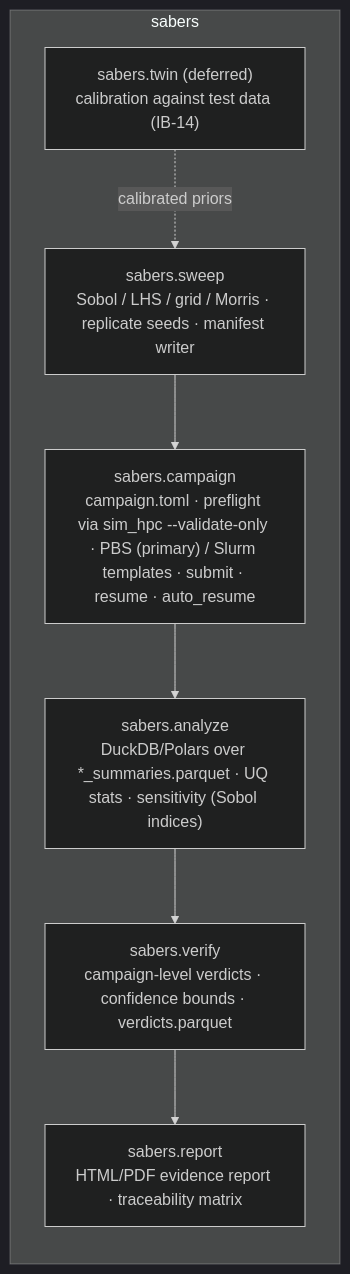
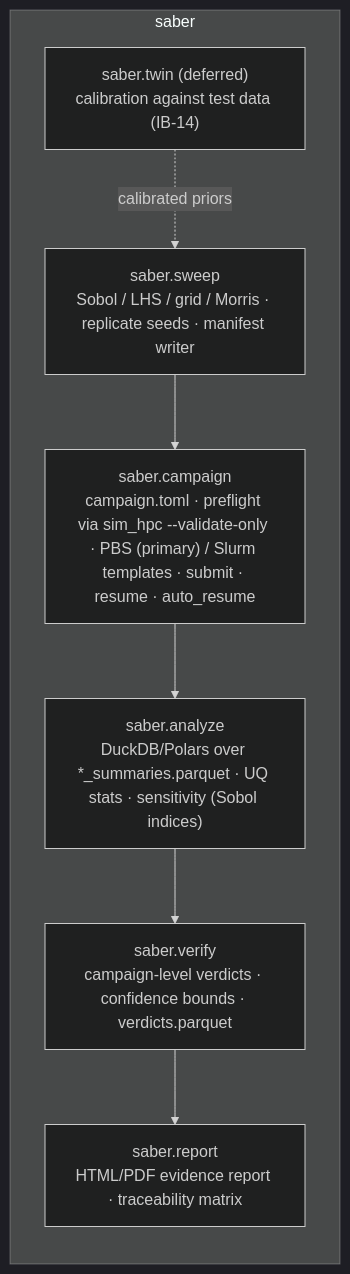
Before and after one commit to Schmiedium/SABER: the ninth of 18 diagrams in docs/design/subsystems-and-interfaces.md, drawn with Mermaid (dark theme). The commit also changed other lines of this file and 6 other files, not shown here.

First line of the commit message:
Rename sabers identifiers to saber across the design docs (D18)

````diff
--- a/docs/design/subsystems-and-interfaces.md
+++ b/docs/design/subsystems-and-interfaces.md
@@ -476,13 +478,13 @@
 ```mermaid
 flowchart LR
-    subgraph sabers
-        sweep["sabers.sweep<br/>Sobol / LHS / grid / Morris · replicate seeds · manifest writer"]
-        campaign["sabers.campaign<br/>campaign.toml · preflight via sim_hpc --validate-only · PBS (primary) / Slurm templates · submit · resume · auto_resume"]
-        analyze["sabers.analyze<br/>DuckDB/Polars over *_summaries.parquet · UQ stats · sensitivity (Sobol indices)"]
-        verifyp["sabers.verify<br/>campaign-level verdicts · confidence bounds · verdicts.parquet"]
-        report["sabers.report<br/>HTML/PDF evidence report · traceability matrix"]
-        twin["sabers.twin (deferred)<br/>calibration against test data (IB-14)"]
+    subgraph saber
+        sweep["saber.sweep<br/>Sobol / LHS / grid / Morris · replicate seeds · manifest writer"]
+        campaign["saber.campaign<br/>campaign.toml · preflight via sim_hpc --validate-only · PBS (primary) / Slurm templates · submit · resume · auto_resume"]
+        analyze["saber.analyze<br/>DuckDB/Polars over *_summaries.parquet · UQ stats · sensitivity (Sobol indices)"]
+        verifyp["saber.verify<br/>campaign-level verdicts · confidence bounds · verdicts.parquet"]
+        report["saber.report<br/>HTML/PDF evidence report · traceability matrix"]
+        twin["saber.twin (deferred)<br/>calibration against test data (IB-14)"]
     end
     sweep --> campaign --> analyze --> verifyp --> report
     twin -. "calibrated priors" .-> sweep
 ```
````
